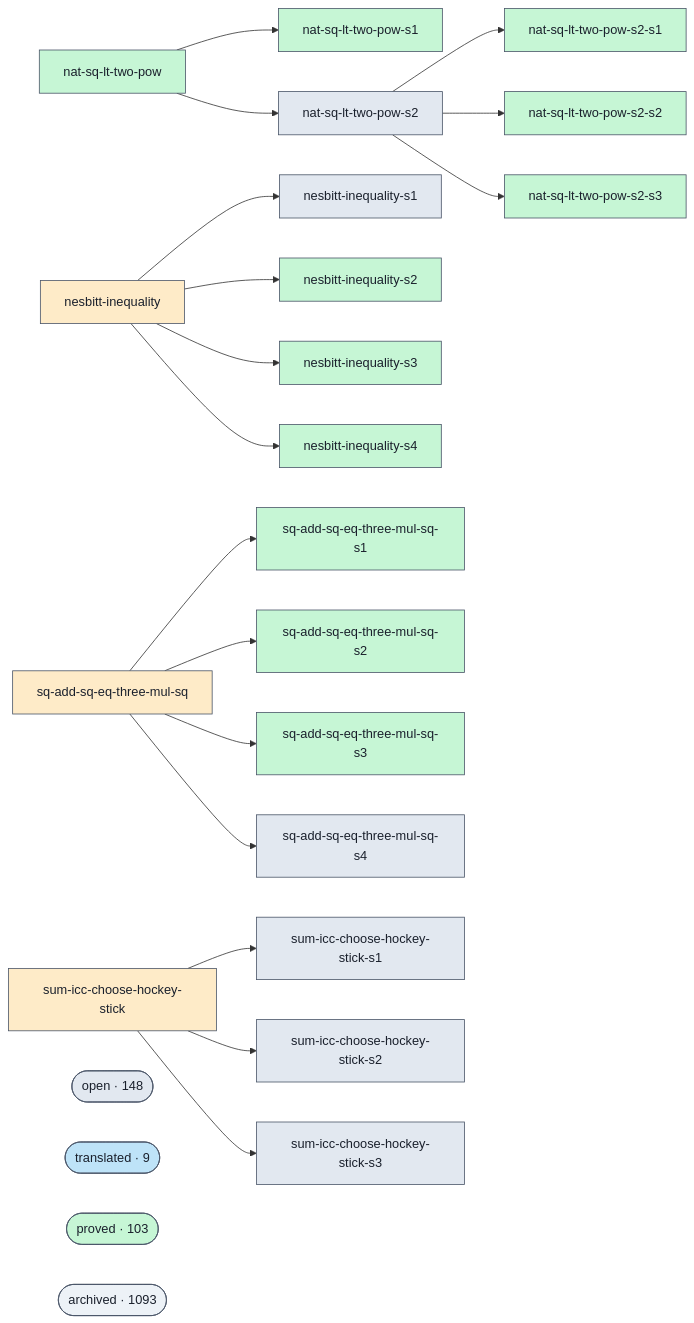
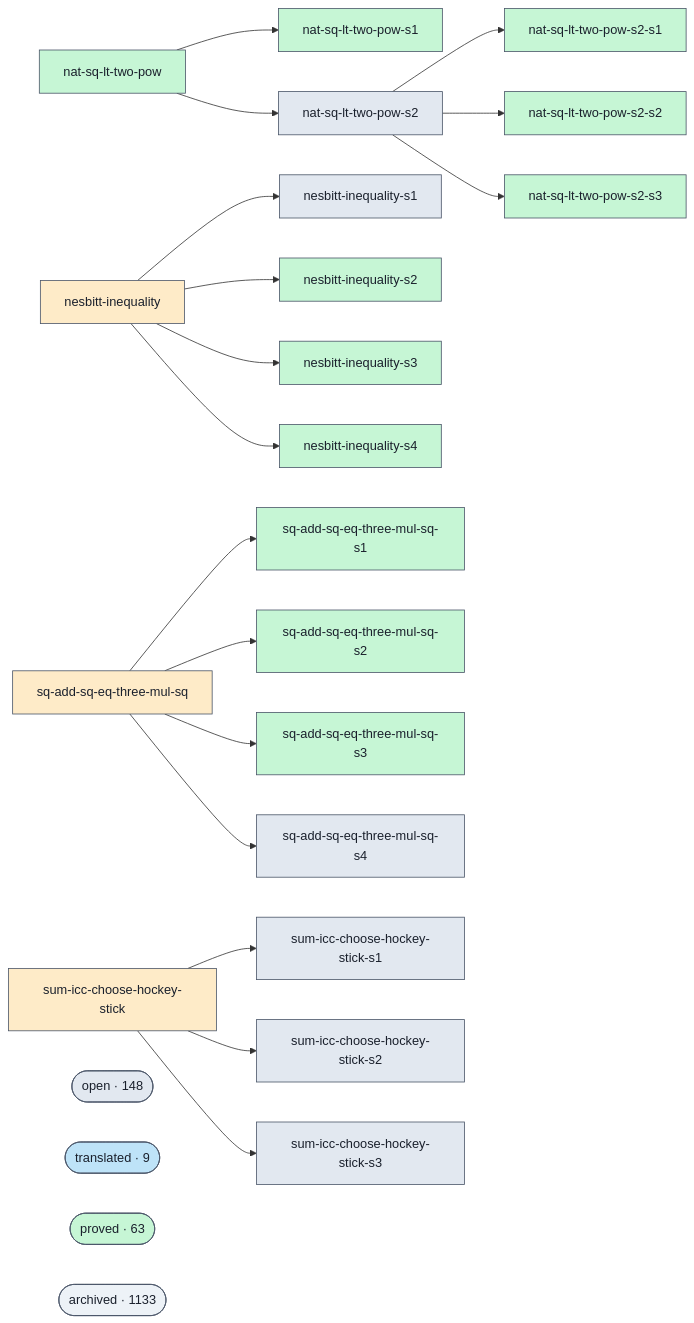
Before and after one commit to ohdearquant/unsorry: the diagram in docs/proofs-contributors-visualisation.md, drawn with Mermaid. The commit also changed other lines of this file and 2 other files, not shown here.

````diff
--- a/docs/proofs-contributors-visualisation.md
+++ b/docs/proofs-contributors-visualisation.md
@@ -102,8 +102,8 @@
   class cluster_open open;
   cluster_translated(["translated · 9"])
   class cluster_translated translated;
-  cluster_proved(["proved · 103"])
+  cluster_proved(["proved · 63"])
   class cluster_proved proved;
-  cluster_archived(["archived · 1093"])
+  cluster_archived(["archived · 1133"])
   class cluster_archived unknown;
 ```
````
